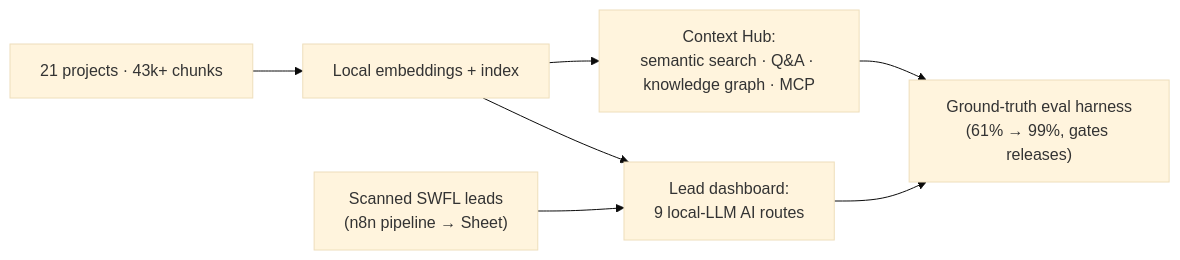
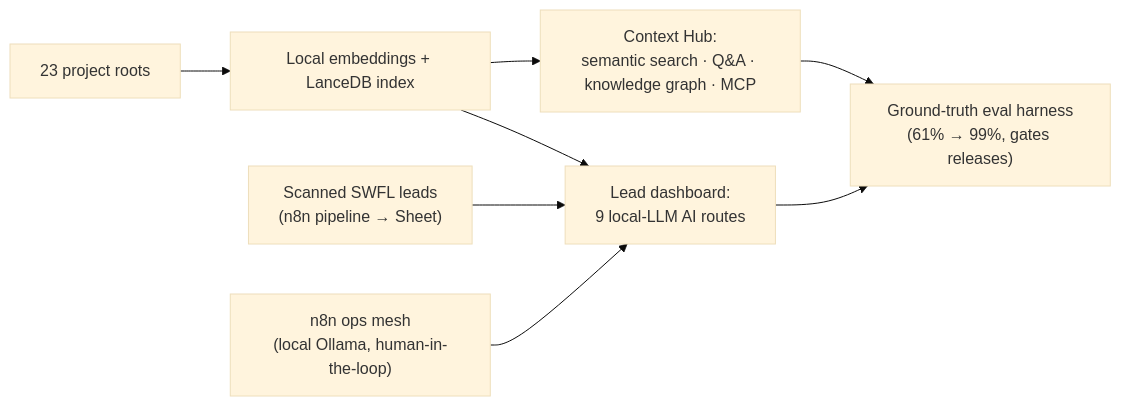
Before and after one commit to SFX-TECH/sfx-lead-intelligence: the diagram in README.md, drawn with Mermaid (base theme). The commit also changed other lines of this file and 1 other file, not shown here.

First line of the commit message:
docs: refresh showcase to current facts (23 project roots) + rebuild hero (#1)

````diff
--- a/README.md
+++ b/README.md
@@ -41,9 +43,10 @@
 ```mermaid
 flowchart LR
-    P["21 projects · 43k+ chunks"] --> EMB["Local embeddings + index"]
+    P["23 project roots"] --> EMB["Local embeddings + LanceDB index"]
     LEADS["Scanned SWFL leads<br/>(n8n pipeline → Sheet)"] --> DASH
+    OPS["n8n ops mesh<br/>(local Ollama, human-in-the-loop)"] --> DASH
     EMB --> HUB["Context Hub:<br/>semantic search · Q&A · knowledge graph · MCP"]
     EMB --> DASH["Lead dashboard:<br/>9 local-LLM AI routes"]
     HUB --> EVAL["Ground-truth eval harness<br/>(61% → 99%, gates releases)"]
     DASH --> EVAL
 ```
````
